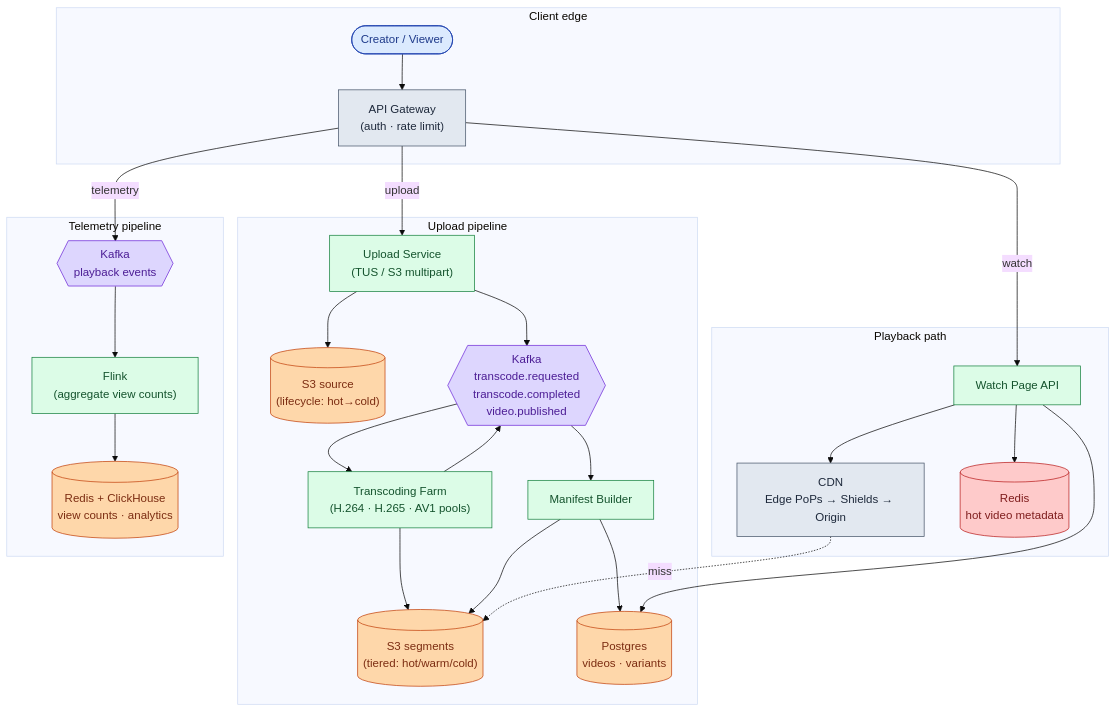
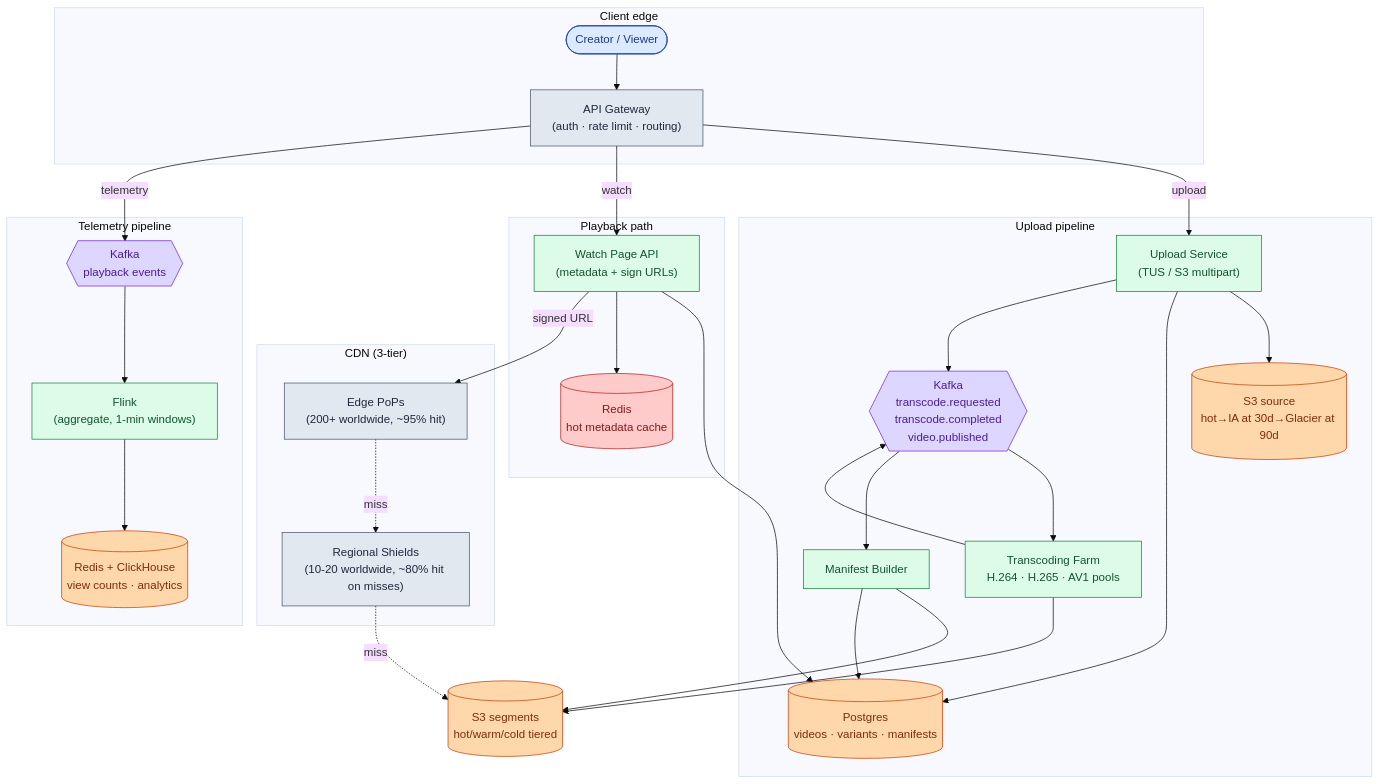
The eighth of 11 diagrams in problems/006-video-streaming/question.md (shiningflash/system-design), drawn with Mermaid (base theme) before and after one commit. The commit also changed other lines of this file and 37 other files, not shown here.

````diff
--- a/problems/006-video-streaming/question.md
+++ b/problems/006-video-streaming/question.md
@@ -287,55 +350,62 @@
 ```mermaid
 flowchart TB
     subgraph Edge["Client edge"]
-        C([Creator / Viewer]):::user
-        GW["API Gateway<br/>(auth · rate limit)"]:::edge
+        C(["Creator / Viewer"]):::user
+        GW["API Gateway<br/>(auth · rate limit · routing)"]:::edge
     end
 
-    subgraph WritePath["Upload pipeline"]
+    subgraph UploadPipeline["Upload pipeline"]
         U["Upload Service<br/>(TUS / S3 multipart)"]:::app
-        S3src[("S3 source<br/>(lifecycle: hot→cold)")]:::db
-        K{{"Kafka<br/>transcode.requested<br/>transcode.completed\nvideo.published"}}:::queue
-        TW["Transcoding Farm<br/>(H.264 · H.265 · AV1 pools)"]:::app
-        S3out[("S3 segments<br/>(tiered: hot/warm/cold)")]:::db
+        S3src[("S3 source<br/>hot→IA at 30d→Glacier at 90d")]:::db
+        K{{"Kafka<br/>transcode.requested<br/>transcode.completed<br/>video.published"}}:::queue
+        TW["Transcoding Farm<br/>H.264 · H.265 · AV1 pools"]:::app
         MB["Manifest Builder"]:::app
-        DB[("Postgres<br/>videos · variants")]:::db
+        DB[("Postgres<br/>videos · variants · manifests")]:::db
     end
 
     subgraph PlaybackPath["Playback path"]
-        WA["Watch Page API"]:::app
-        CDN["CDN<br/>Edge PoPs → Shields → Origin"]:::edge
-        Cache[("Redis<br/>hot video metadata")]:::cache
+        WA["Watch Page API<br/>(metadata + sign URLs)"]:::app
+        RD[("Redis<br/>hot metadata cache")]:::cache
+    end
+
+    S3out[("S3 segments<br/>hot/warm/cold tiered")]:::db
+
+    subgraph CDNStack["CDN (3-tier)"]
+        EP["Edge PoPs<br/>(200+ worldwide, ~95% hit)"]:::edge
+        SH["Regional Shields<br/>(10-20 worldwide, ~80% hit on misses)"]:::edge
     end
 
     subgraph Telemetry["Telemetry pipeline"]
         TK{{"Kafka<br/>playback events"}}:::queue
-        FL["Flink<br/>(aggregate view counts)"]:::app
+        FL["Flink<br/>(aggregate, 1-min windows)"]:::app
         VDB[("Redis + ClickHouse<br/>view counts · analytics")]:::db
     end
 
     C --> GW
     GW -->|upload| U
     GW -->|watch| WA
+    GW -->|telemetry| TK
     U --> S3src
+    U --> DB
     U --> K
     K --> TW
     TW --> S3out
     TW --> K
     K --> MB
     MB --> S3out
     MB --> DB
     WA --> DB
-    WA --> Cache
-    WA --> CDN
-    CDN -.miss.-> S3out
-    GW -->|telemetry| TK
+    WA --> RD
+    WA -->|"signed URL"| EP
+    EP -.miss.-> SH
+    SH -.miss.-> S3out
     TK --> FL
     FL --> VDB
 
     classDef user  fill:#dbeafe,stroke:#1e40af,color:#1e3a8a
     classDef edge  fill:#e2e8f0,stroke:#475569,color:#1e293b
     classDef app   fill:#dcfce7,stroke:#15803d,color:#14532d
     classDef db    fill:#fed7aa,stroke:#c2410c,color:#7c2d12
     classDef cache fill:#fecaca,stroke:#b91c1c,color:#7f1d1d
     classDef queue fill:#ddd6fe,stroke:#6d28d9,color:#4c1d95
 ```
````
